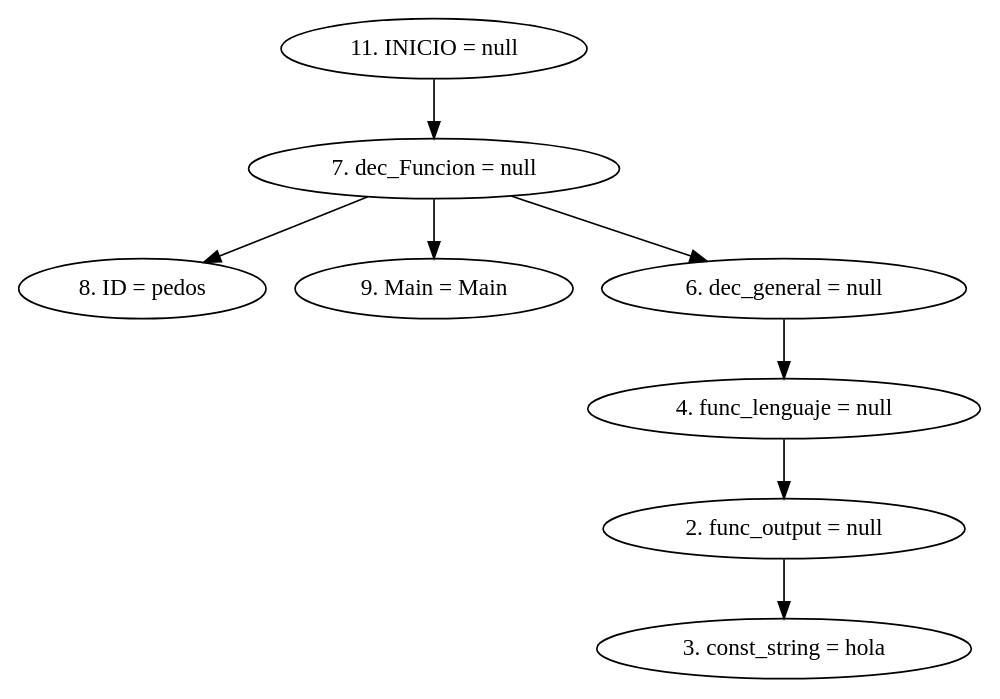
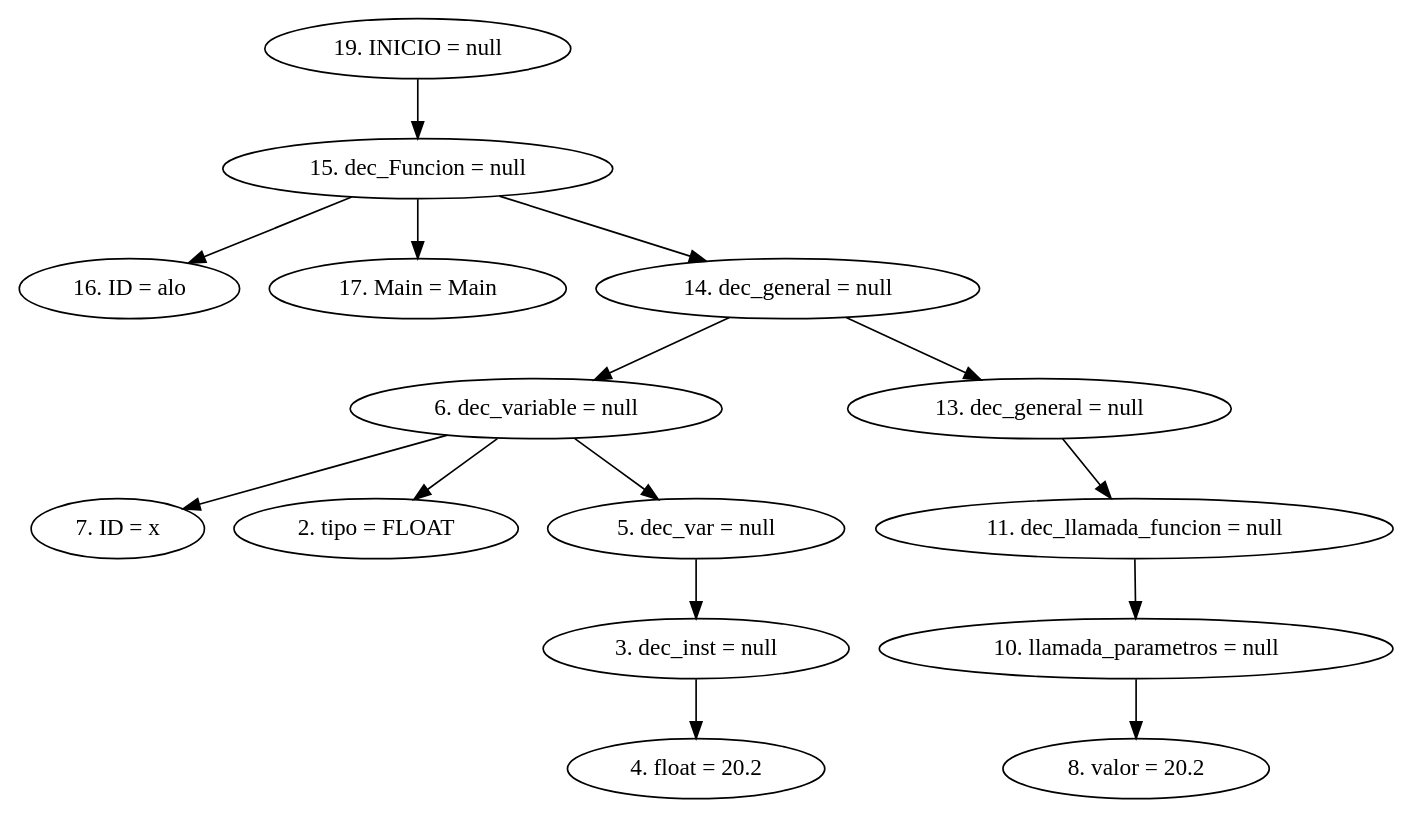
The diagram in AST.dot (CarlosSosVos/NACHTs), drawn with Graphviz before and after one commit. The commit also changed 20 other files, not shown here.

```diff
--- a/AST.dot
+++ b/AST.dot
@@ -1,11 +1,18 @@
 digraph G {
-"11. INICIO = null"->"7. dec_Funcion = null"
-"7. dec_Funcion = null"->"8. ID = pedos"
-"7. dec_Funcion = null"->"9. Main = Main"
-"7. dec_Funcion = null"->"6. dec_general = null"
-"6. dec_general = null"->"4. func_lenguaje = null"
-"4. func_lenguaje = null"->"2. func_output = null"
-"2. func_output = null"->"3. const_string = hola"
+"19. INICIO = null"->"15. dec_Funcion = null"
+"15. dec_Funcion = null"->"16. ID = alo"
+"15. dec_Funcion = null"->"17. Main = Main"
+"15. dec_Funcion = null"->"14. dec_general = null"
+"14. dec_general = null"->"6. dec_variable = null"
+"6. dec_variable = null"->"7. ID = x"
+"6. dec_variable = null"->"2. tipo = FLOAT"
+"6. dec_variable = null"->"5. dec_var = null"
+"5. dec_var = null"->"3. dec_inst = null"
+"3. dec_inst = null"->"4. float = 20.2"
+"14. dec_general = null"->"13. dec_general = null"
+"13. dec_general = null"->"11. dec_llamada_funcion = null"
+"11. dec_llamada_funcion = null"->"10. llamada_parametros = null"
+"10. llamada_parametros = null"->"8. valor = 20.2"
 
 
 }
```
